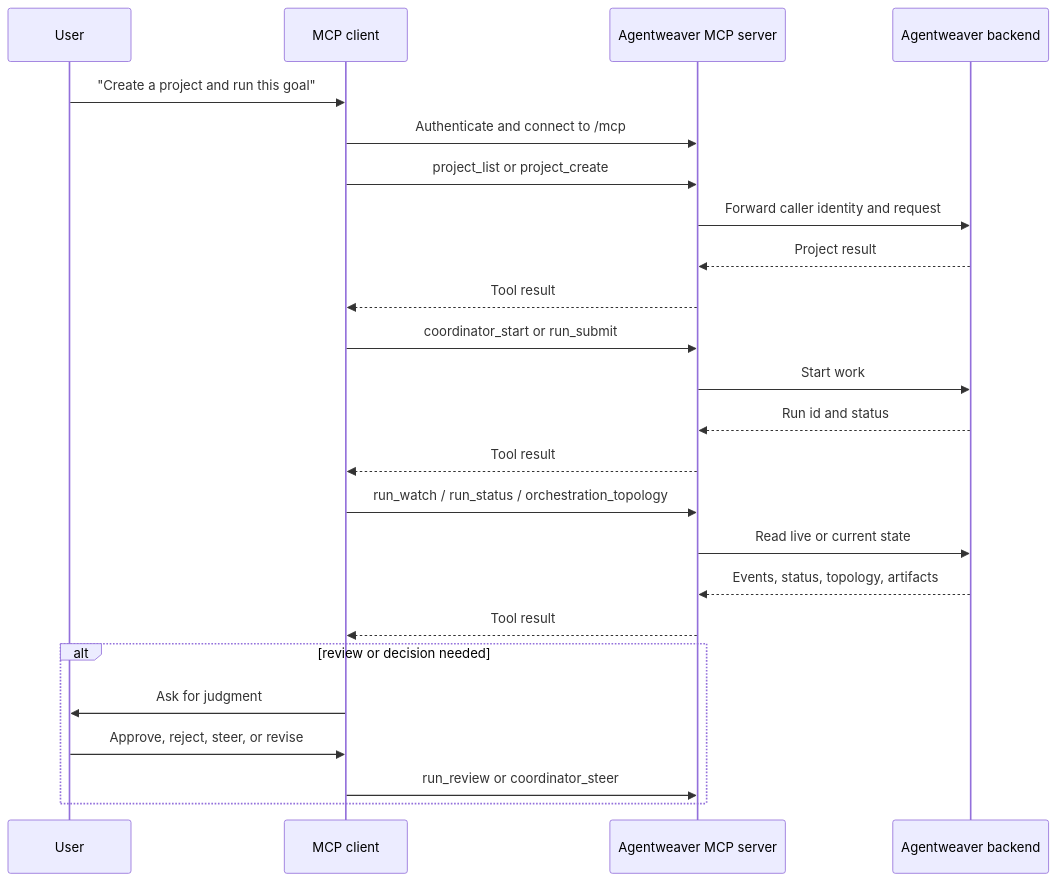
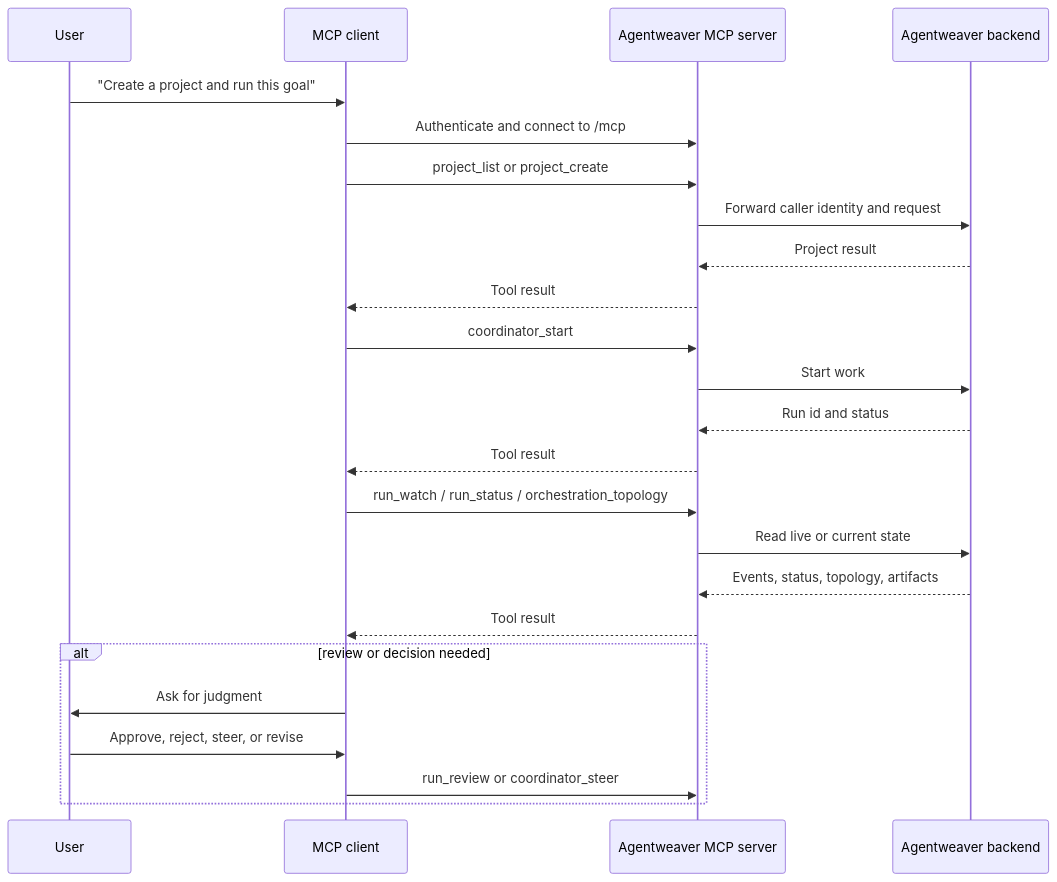
Before and after one commit to sabbour/agentweaver: the diagram in docs/experience/00-overview.md, drawn with Mermaid. The commit also changed other lines of this file and 16 other files, not shown here.

````diff
--- a/docs/experience/00-overview.md
+++ b/docs/experience/00-overview.md
@@ -196,30 +194,30 @@
 ```mermaid
 sequenceDiagram
     participant User
     participant Client as MCP client
     participant MCP as Agentweaver MCP server
     participant API as Agentweaver backend
 
     User->>Client: "Create a project and run this goal"
     Client->>MCP: Authenticate and connect to /mcp
     Client->>MCP: project_list or project_create
     MCP->>API: Forward caller identity and request
     API-->>MCP: Project result
     MCP-->>Client: Tool result
 
-    Client->>MCP: coordinator_start or run_submit
+    Client->>MCP: coordinator_start
     MCP->>API: Start work
     API-->>MCP: Run id and status
     MCP-->>Client: Tool result
 
     Client->>MCP: run_watch / run_status / orchestration_topology
     MCP->>API: Read live or current state
     API-->>MCP: Events, status, topology, artifacts
     MCP-->>Client: Tool result
 
     alt review or decision needed
         Client->>User: Ask for judgment
         User->>Client: Approve, reject, steer, or revise
         Client->>MCP: run_review or coordinator_steer
     end
 ```
````
